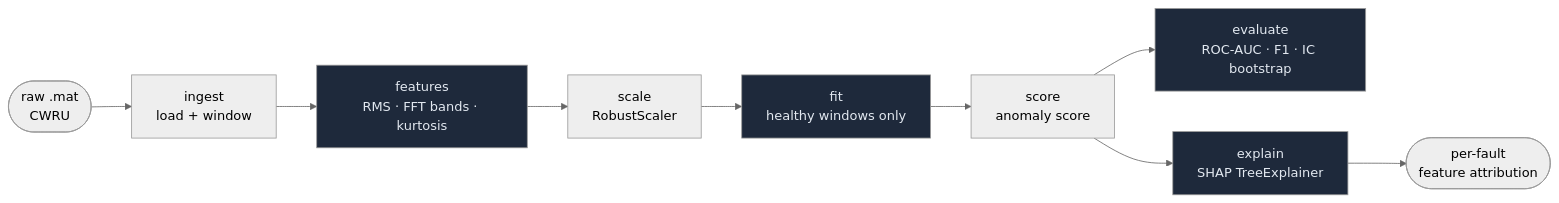
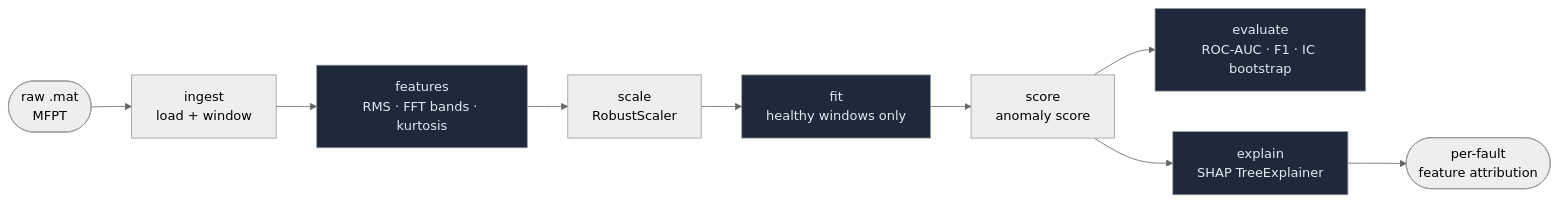
One commit to RenanMiqueloti/industrial-anomaly-detection changed the diagram in README.md. Above: the diagram before and after it, drawn with Mermaid (neutral theme). The commit also changed other lines of this file and 5 other files, not shown here.

````diff
--- a/README.md
+++ b/README.md
@@ -23,18 +23,18 @@
 ```mermaid
 graph LR
-    A([raw .mat<br/>CWRU]) --> B
+    A([raw .mat<br/>MFPT]) --> B
     B[ingest<br/>load + window] --> C
     C[features<br/>RMS · FFT bands · kurtosis] --> D
     D[scale<br/>RobustScaler] --> E
     E[fit<br/>healthy windows only] --> F
     F[score<br/>anomaly score] --> G
     G[evaluate<br/>ROC-AUC · F1 · IC bootstrap]
     F --> H
     H[explain<br/>SHAP TreeExplainer]
     H --> I([per-fault<br/>feature attribution])
 
     style C fill:#1e293b,color:#e2e8f0
     style E fill:#1e293b,color:#e2e8f0
     style G fill:#1e293b,color:#e2e8f0
     style H fill:#1e293b,color:#e2e8f0
 ```
````
